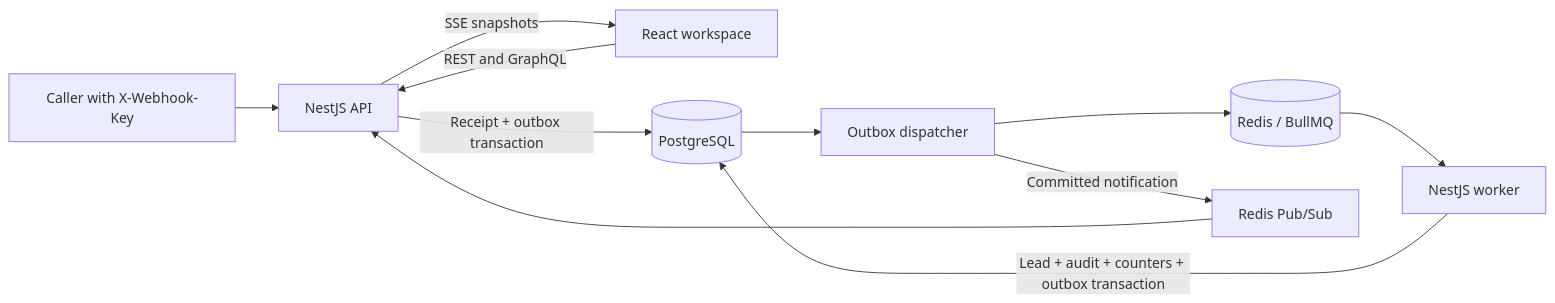
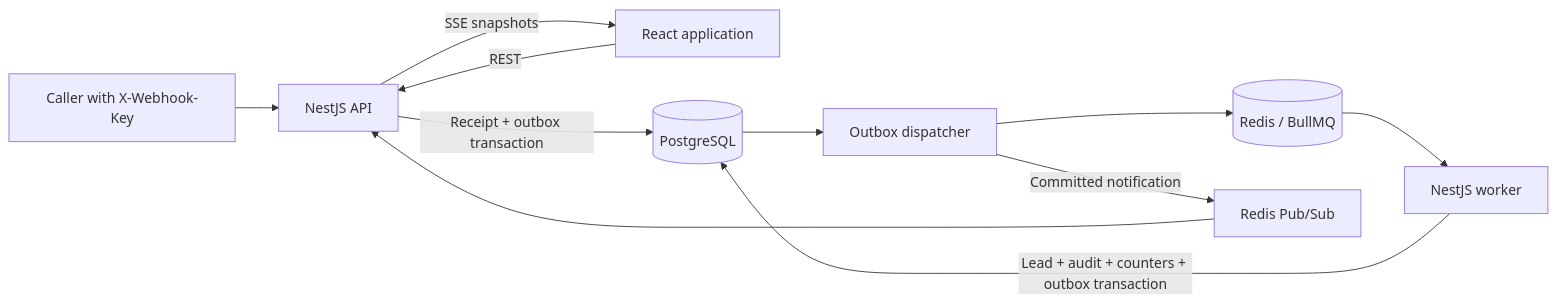
Before and after one commit to ayusharma-ctrl/Stylework: the diagram in README.md, drawn with Mermaid. The commit also changed other lines of this file and 23 other files, not shown here.

````diff
--- a/README.md
+++ b/README.md
@@ -11,13 +11,13 @@
 ```mermaid
 flowchart LR
   Caller[Caller with X-Webhook-Key] --> API[NestJS API]
-  UI[React workspace] -->|REST and GraphQL| API
+  UI[React application] -->|REST| API
   API -->|Receipt + outbox transaction| PG[(PostgreSQL)]
   PG --> Dispatcher[Outbox dispatcher]
   Dispatcher --> Queue[(Redis / BullMQ)]
   Queue --> Worker[NestJS worker]
   Worker -->|Lead + audit + counters + outbox transaction| PG
   Dispatcher -->|Committed notification| PubSub[Redis Pub/Sub]
   PubSub --> API
   API -->|SSE snapshots| UI
 ```
````
